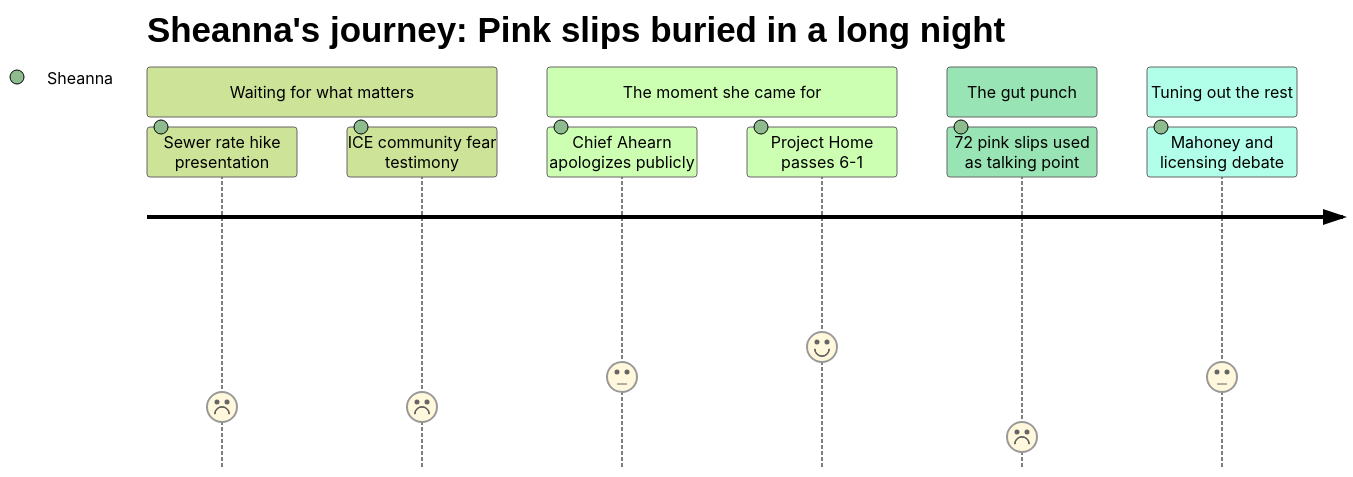
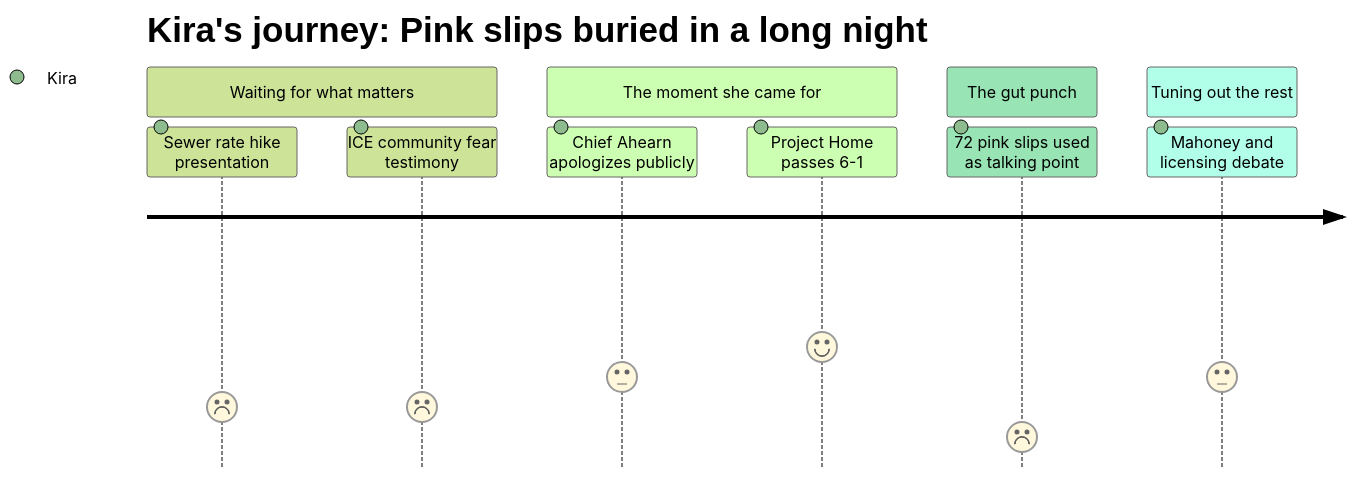
The diagram in data/interpretation/meetings/2026-03-19-city-council/PERSONA-015.md (cristoslc/2026-south-portland-school-budget), drawn with Mermaid (forest theme) before and after one commit. The commit also changed other lines of this file and 45 other files, not shown here.

````diff
--- a/data/interpretation/meetings/2026-03-19-city-council/PERSONA-015.md
+++ b/data/interpretation/meetings/2026-03-19-city-council/PERSONA-015.md
@@ -70,14 +70,14 @@
 ```mermaid
 journey
-    title Sheanna's journey: Pink slips buried in a long night
+    title Kira's journey: Pink slips buried in a long night
     section Waiting for what matters
-        Sewer rate hike presentation: 2: Sheanna
-        ICE community fear testimony: 2: Sheanna
+        Sewer rate hike presentation: 2: Kira
+        ICE community fear testimony: 2: Kira
     section The moment she came for
-        Chief Ahearn apologizes publicly: 3: Sheanna
-        Project Home passes 6-1: 4: Sheanna
+        Chief Ahearn apologizes publicly: 3: Kira
+        Project Home passes 6-1: 4: Kira
     section The gut punch
-        72 pink slips used as talking point: 1: Sheanna
+        72 pink slips used as talking point: 1: Kira
     section Tuning out the rest
-        Mahoney and licensing debate: 3: Sheanna
+        Mahoney and licensing debate: 3: Kira
 ```
````
